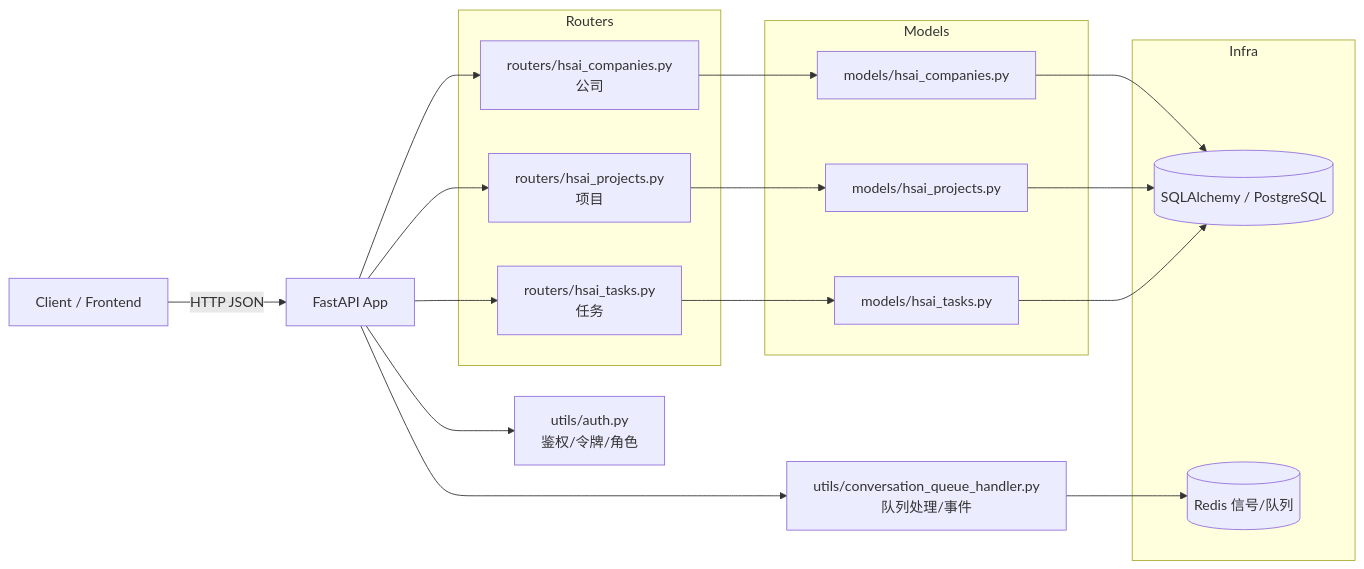
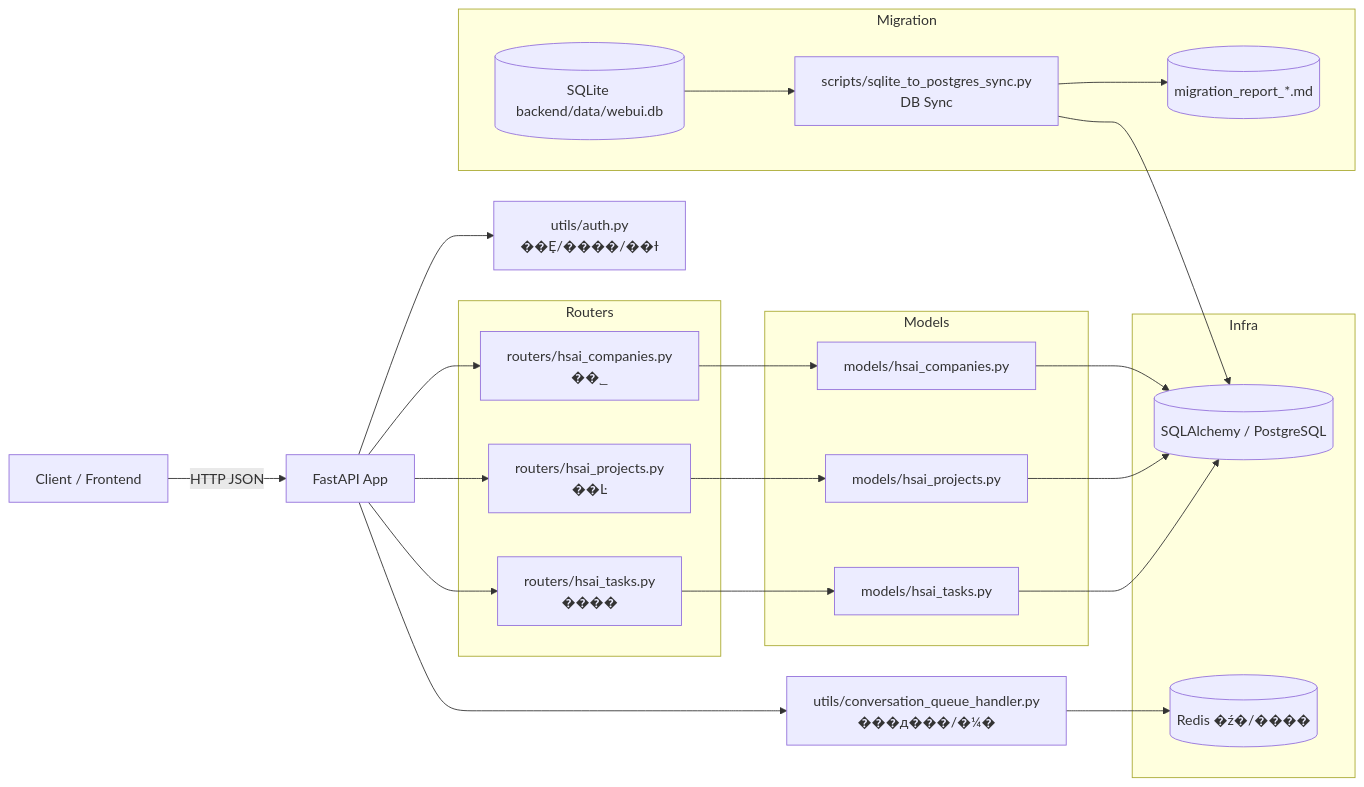
One commit to Cokefish9527/open-webui changed the first of 4 diagrams in PROJECTWIKI.md. Above: the diagram before and after it, drawn with Mermaid. The commit also changed other lines of this file and 4 other files, not shown here.

````diff
--- a/PROJECTWIKI.md
+++ b/PROJECTWIKI.md
@@ -15,30 +15,38 @@
 ```mermaid
 flowchart LR
   Client[Client / Frontend] -->|HTTP JSON| API[FastAPI App]
-  API --> AUTH[utils/auth.py\n鉴权/令牌/角色]
+  API --> AUTH[utils/auth.py\n��Ȩ/����/��ɫ]
   subgraph Routers
-    RC[routers/hsai_companies.py\n公司]
-    RP[routers/hsai_projects.py\n项目]
-    RT[routers/hsai_tasks.py\n任务]
+    RC[routers/hsai_companies.py\n��˾]
+    RP[routers/hsai_projects.py\n��Ŀ]
+    RT[routers/hsai_tasks.py\n����]
   end
   API --> RC
   API --> RP
   API --> RT
   subgraph Models
     MC[models/hsai_companies.py]
     MP[models/hsai_projects.py]
     MT[models/hsai_tasks.py]
   end
   RC --> MC
   RP --> MP
   RT --> MT
   subgraph Infra
     DB[(SQLAlchemy / PostgreSQL)]
-    REDIS[(Redis 信号/队列)]
+    REDIS[(Redis �ź�/����)]
+  end
+  subgraph Migration
+    SQLITE[(SQLite backend/data/webui.db)]
+    SYNC[scripts/sqlite_to_postgres_sync.py\nDB Sync]
+    REPORT[(migration_report_*.md)]
   end
   MC --> DB
   MP --> DB
   MT --> DB
-  API --> QH[utils/conversation_queue_handler.py\n队列处理/事件]
+  API --> QH[utils/conversation_queue_handler.py\n���д���/�¼�]
   QH --> REDIS
+  SQLITE --> SYNC
+  SYNC --> DB
+  SYNC --> REPORT
 ```
````
